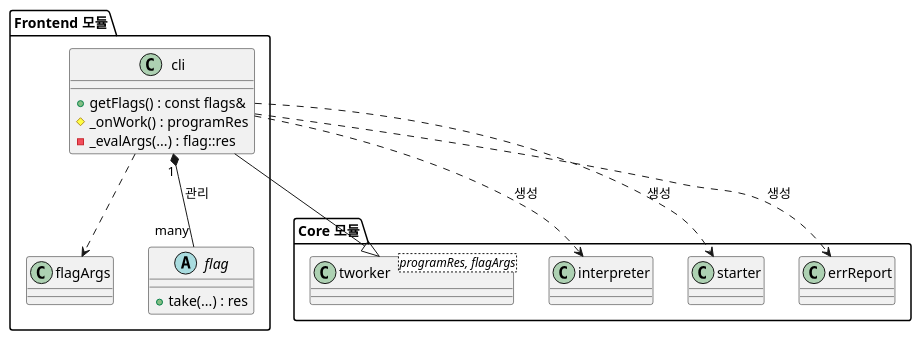
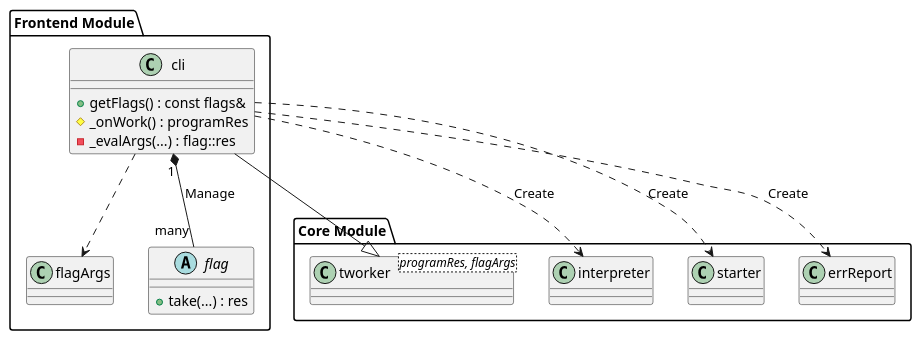
Before and after one commit to byeolang/byeol: the first of 4 diagrams in doc/ref/ko/aj-architecture-frontend.md, drawn with PlantUML. The commit also changed other lines of this file and 5 other files, not shown here.

First line of the commit message:
docs: translate Korean to English in PlantUML blocks

```diff
--- a/doc/ref/ko/aj-architecture-frontend.md
+++ b/doc/ref/ko/aj-architecture-frontend.md
@@ -11,34 +11,34 @@
 @startuml
-package "Core 모듈" {
+package "Core Module" {
     class "tworker<programRes, flagArgs>" as tworker {
     }
     class interpreter {
     }
     class starter {
     }
     class errReport {
     }
 }
 
-package "Frontend 모듈" {
+package "Frontend Module" {
     class cli {
         + getFlags() : const flags&
         # _onWork() : programRes
         - _evalArgs(...) : flag::res
     }
 
     class flagArgs {
     }
 
     abstract class flag {
         + take(...) : res
     }
 
     cli --|> tworker
-    cli ..> interpreter : 생성
-    cli ..> starter : 생성
-    cli ..> errReport : 생성
+    cli ..> interpreter : Create
+    cli ..> starter : Create
+    cli ..> errReport : Create
     cli ..> flagArgs
-    cli "1" *-- "many" flag : 관리
+    cli "1" *-- "many" flag : Manage
 }
 @enduml
```
